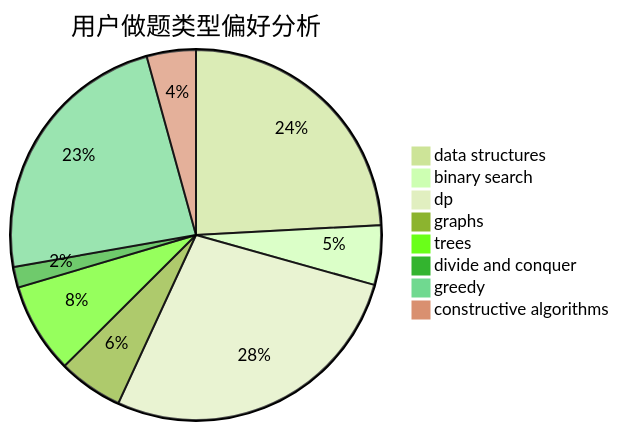
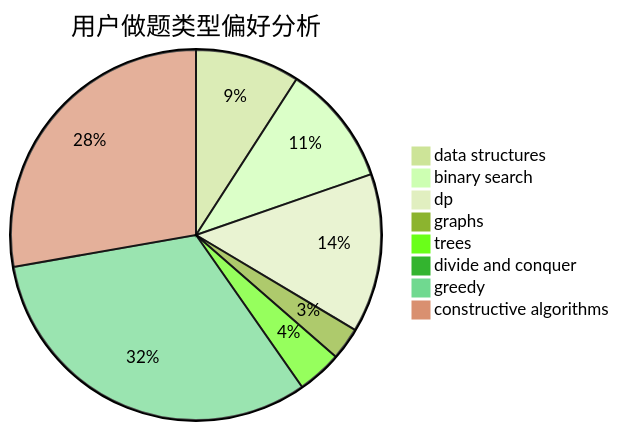
One commit to sherpahu/cfrs.github.io changed the second of 3 diagrams in docs/user/u980.md. Above: the diagram before and after it, drawn with Mermaid (forest theme). The commit also changed other lines of this file and 2770 other files, not shown here.

````diff
--- a/docs/user/u980.md
+++ b/docs/user/u980.md
@@ -23,11 +23,11 @@
 ```mermaid
 pie title 用户做题类型偏好分析
-    "data structures" :  107
-    "binary search" :  23
-    "dp" :  122
-    "graphs" :  25
-    "trees" :  35
+    "data structures" :  157
+    "binary search" :  182
+    "dp" :  239
+    "graphs" :  49
+    "trees" :  67
     "divide and conquer" :  8
-    "greedy" :  104
-    "constructive algorithms" :  19
+    "greedy" :  550
+    "constructive algorithms" :  478
 ```
````
